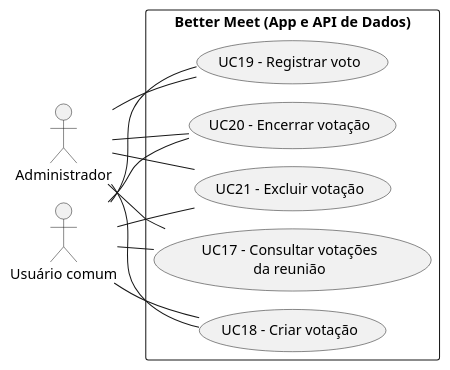
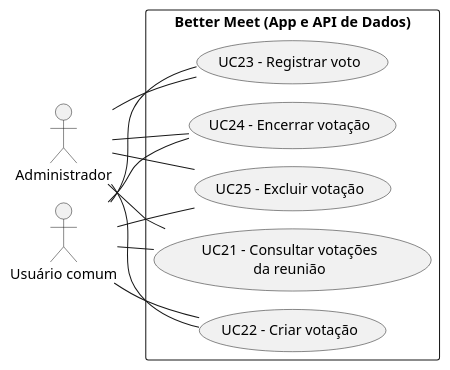
One commit to MiguelIFSP/BRTPDS2-PROJETO-E-DESENVOLVIMENTO-DE-SISTEMAS-2 changed the diagram in documentos/entrega4_Di3/Diagramas/DCU-Votacoes.puml. Above: the diagram before and after it, drawn with PlantUML. The commit also changed 49 other files, not shown here.

```diff
--- a/documentos/entrega4_Di3/Diagramas/DCU-Votacoes.puml
+++ b/documentos/entrega4_Di3/Diagramas/DCU-Votacoes.puml
@@ -1,33 +1,33 @@
 @startuml DCU-Votacoes
-' Casos de uso da votação de opções da reunião (RF16, UC17–UC21).
+' Casos de uso da votação de opções da reunião (RF17, UC21–UC25).
 ' Não inclui a votação da ata (AtaVoto).
 ' Gerar o SVG: java -jar plantuml.jar -charset UTF-8 -tsvg "DCU-Votacoes.puml"
 !pragma layout smetana
 left to right direction
 skinparam shadowing false
 skinparam monochrome true
 skinparam defaultFontName Arial
 skinparam packageStyle rectangle
 
 actor "Administrador" as Adm
 actor "Usuário comum" as Usu
 
 rectangle "Better Meet (App e API de Dados)" {
-  usecase "UC17 - Consultar votações\nda reunião" as UC17
-  usecase "UC18 - Criar votação" as UC18
-  usecase "UC19 - Registrar voto" as UC19
-  usecase "UC20 - Encerrar votação" as UC20
-  usecase "UC21 - Excluir votação" as UC21
+  usecase "UC21 - Consultar votações\nda reunião" as UC21
+  usecase "UC22 - Criar votação" as UC22
+  usecase "UC23 - Registrar voto" as UC23
+  usecase "UC24 - Encerrar votação" as UC24
+  usecase "UC25 - Excluir votação" as UC25
 }
 
-Adm -- UC17
-Adm -- UC18
-Adm -- UC19
-Adm -- UC20
 Adm -- UC21
-Usu -- UC17
-Usu -- UC18
-Usu -- UC19
-Usu -- UC20
+Adm -- UC22
+Adm -- UC23
+Adm -- UC24
+Adm -- UC25
 Usu -- UC21
+Usu -- UC22
+Usu -- UC23
+Usu -- UC24
+Usu -- UC25
 @enduml
```
